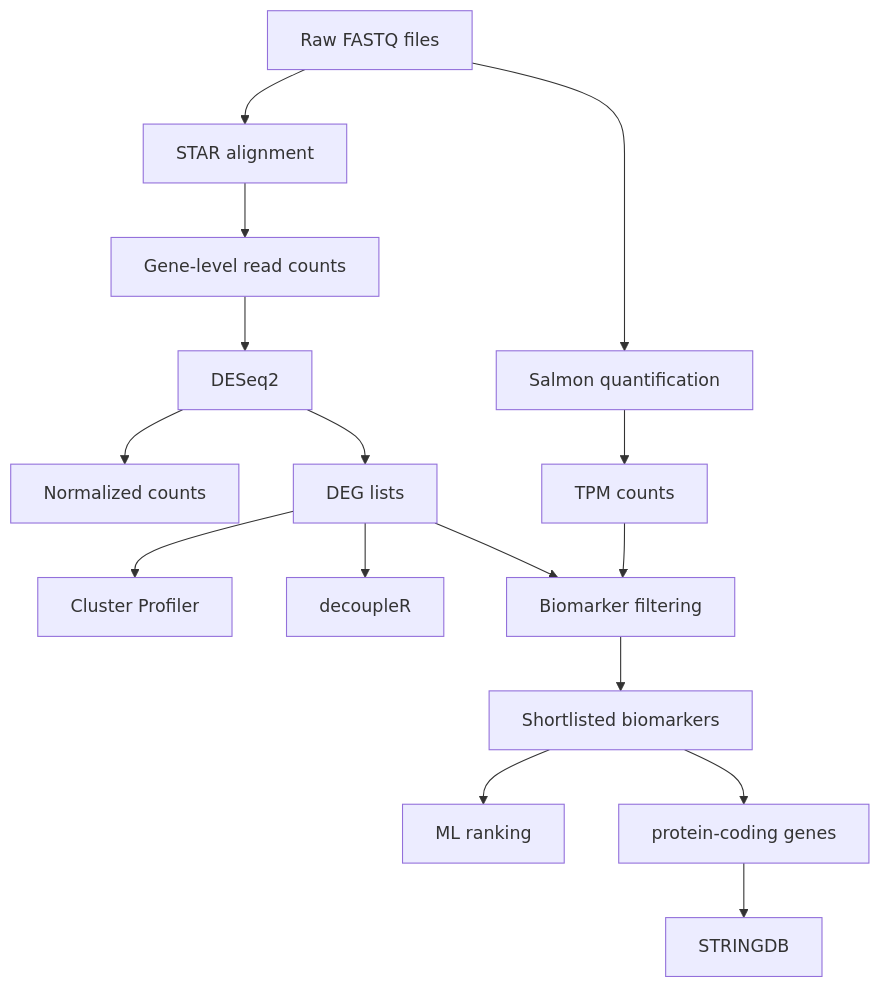
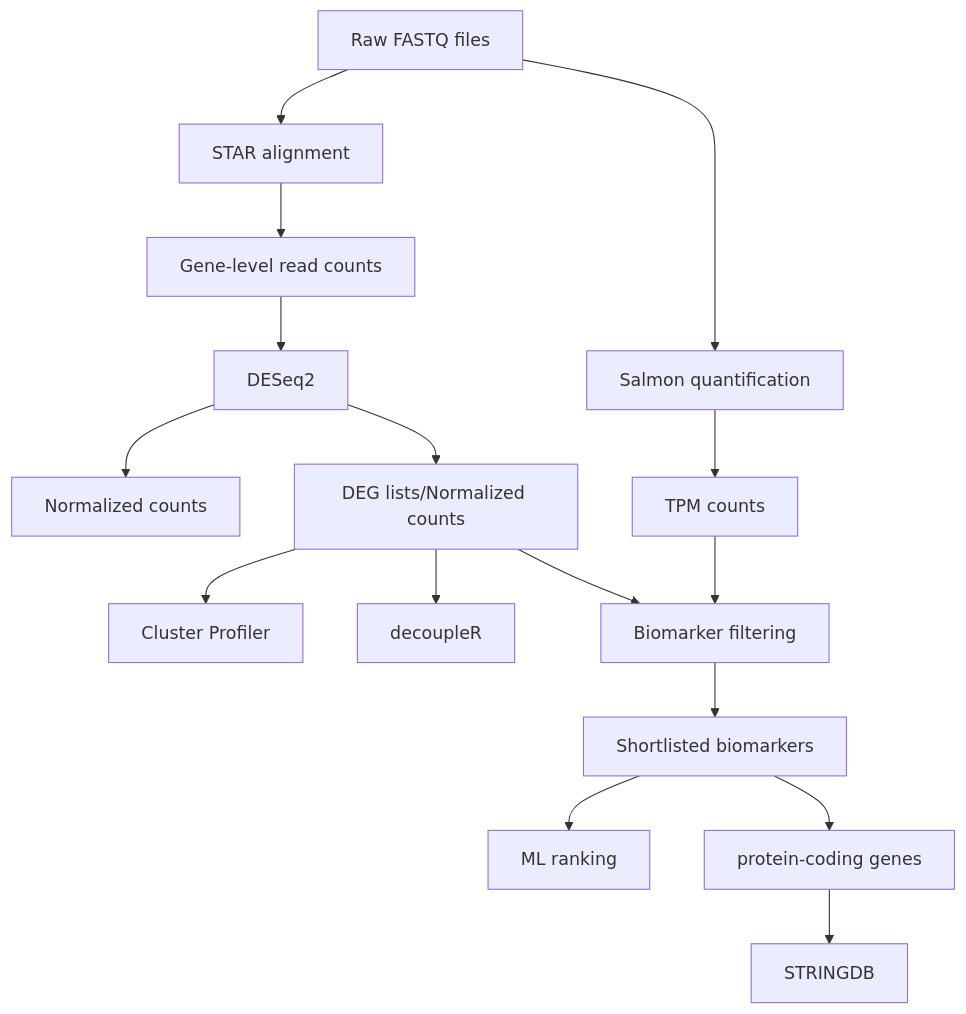
The diagram in README.md (tudumanne/BulkRNAseq_Barretts), drawn with Mermaid before and after one commit.

Commit message:
Updated main workflow diagram

````diff
--- a/README.md
+++ b/README.md
@@ -15,18 +15,18 @@
 ``` mermaid
 graph TD; 
     A[Raw FASTQ files]-->B[STAR alignment];
     A-->C[Salmon quantification];
     B-->D[Gene-level read counts];
     D-->E[DESeq2];
     E-->F[Normalized counts];
-    E-->G[DEG lists];
+    E-->G[DEG lists/Normalized counts];
     G-->H[Cluster Profiler];
     G-->I[decoupleR]; 
     C-->J[TPM counts];
     G-->K[Biomarker filtering];
     J-->K;
     K-->L[Shortlisted biomarkers]
     L-->M[ML ranking];
     L-->N[protein-coding genes]
     N-->O[STRINGDB];
 ```
````
